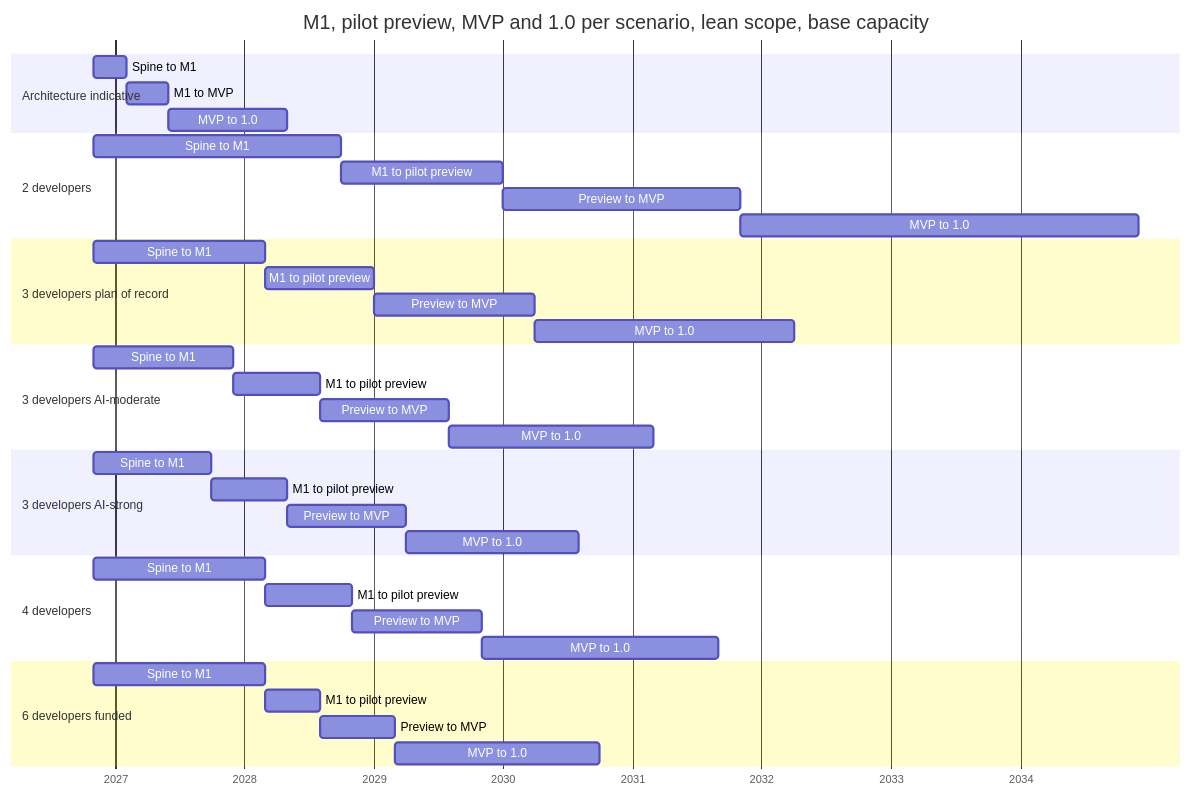
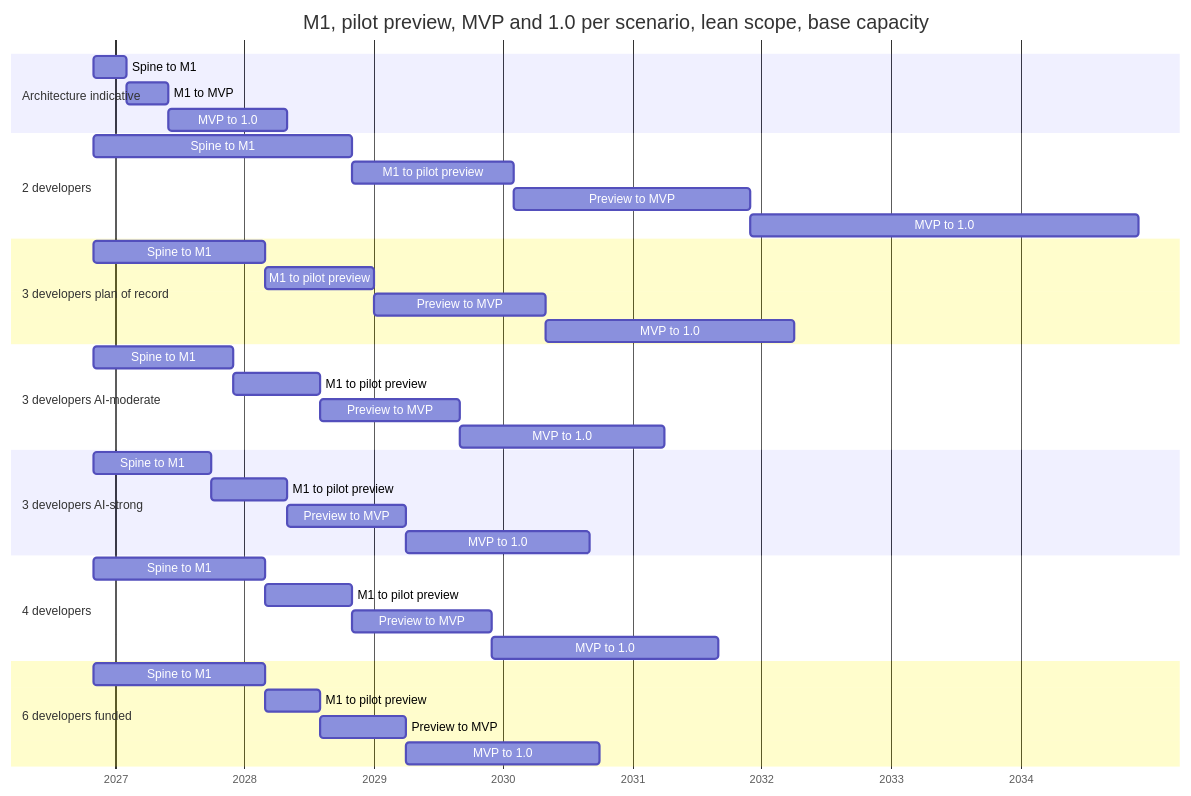
Before and after one commit to Ironkode787/ElektraWatt: the first of 3 diagrams in docs/plan/01-global-plan.md, drawn with Mermaid. The commit also changed other lines of this file and 12 other files, not shown here.

````diff
--- a/docs/plan/01-global-plan.md
+++ b/docs/plan/01-global-plan.md
@@ -341,40 +341,40 @@
 ```mermaid
 gantt
   title M1, pilot preview, MVP and 1.0 per scenario, lean scope, base capacity
   dateFormat YYYY-MM-DD
   axisFormat %Y
   section Architecture indicative
   Spine to M1         :i1, 2026-11-01, 2027-02-01
   M1 to MVP           :i2, 2027-02-01, 2027-06-01
   MVP to 1.0          :i3, 2027-06-01, 2028-05-01
   section 2 developers
-  Spine to M1         :s00, 2026-11-01, 2028-10-01
-  M1 to pilot preview :s01, 2028-10-01, 2030-01-01
-  Preview to MVP      :s02, 2030-01-01, 2031-11-01
-  MVP to 1.0          :s03, 2031-11-01, 2034-12-01
+  Spine to M1         :s00, 2026-11-01, 2028-11-01
+  M1 to pilot preview :s01, 2028-11-01, 2030-02-01
+  Preview to MVP      :s02, 2030-02-01, 2031-12-01
+  MVP to 1.0          :s03, 2031-12-01, 2034-12-01
   section 3 developers plan of record
   Spine to M1         :s10, 2026-11-01, 2028-03-01
   M1 to pilot preview :s11, 2028-03-01, 2029-01-01
-  Preview to MVP      :s12, 2029-01-01, 2030-04-01
-  MVP to 1.0          :s13, 2030-04-01, 2032-04-01
+  Preview to MVP      :s12, 2029-01-01, 2030-05-01
+  MVP to 1.0          :s13, 2030-05-01, 2032-04-01
   section 3 developers AI-moderate
   Spine to M1         :s20, 2026-11-01, 2027-12-01
   M1 to pilot preview :s21, 2027-12-01, 2028-08-01
-  Preview to MVP      :s22, 2028-08-01, 2029-08-01
-  MVP to 1.0          :s23, 2029-08-01, 2031-03-01
+  Preview to MVP      :s22, 2028-08-01, 2029-09-01
+  MVP to 1.0          :s23, 2029-09-01, 2031-04-01
   section 3 developers AI-strong
   Spine to M1         :s30, 2026-11-01, 2027-10-01
   M1 to pilot preview :s31, 2027-10-01, 2028-05-01
   Preview to MVP      :s32, 2028-05-01, 2029-04-01
-  MVP to 1.0          :s33, 2029-04-01, 2030-08-01
+  MVP to 1.0          :s33, 2029-04-01, 2030-09-01
   section 4 developers
   Spine to M1         :s40, 2026-11-01, 2028-03-01
   M1 to pilot preview :s41, 2028-03-01, 2028-11-01
-  Preview to MVP      :s42, 2028-11-01, 2029-11-01
-  MVP to 1.0          :s43, 2029-11-01, 2031-09-01
+  Preview to MVP      :s42, 2028-11-01, 2029-12-01
+  MVP to 1.0          :s43, 2029-12-01, 2031-09-01
   section 6 developers funded
   Spine to M1         :s50, 2026-11-01, 2028-03-01
   M1 to pilot preview :s51, 2028-03-01, 2028-08-01
-  Preview to MVP      :s52, 2028-08-01, 2029-03-01
-  MVP to 1.0          :s53, 2029-03-01, 2030-10-01
+  Preview to MVP      :s52, 2028-08-01, 2029-04-01
+  MVP to 1.0          :s53, 2029-04-01, 2030-10-01
 ```
````
